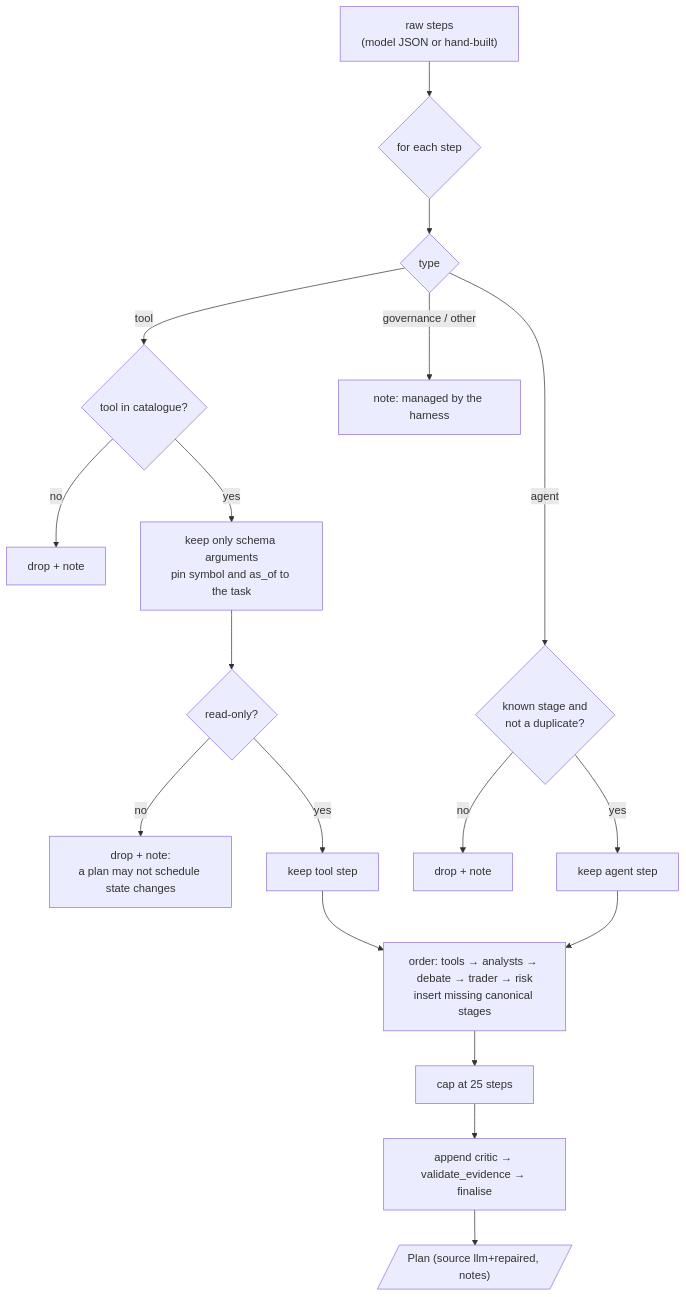
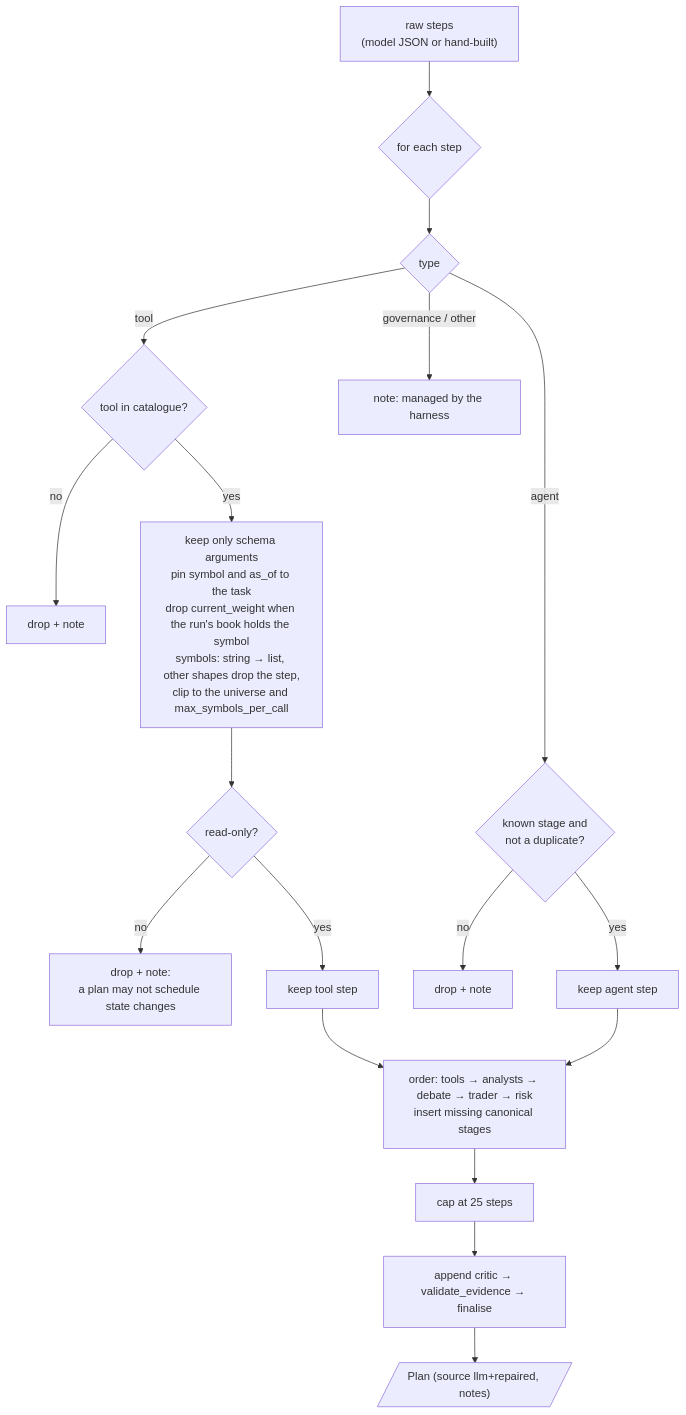
Before and after one commit to AshJha0/agentic-trader: diagram 13 of 30 in docs/DIAGRAMS.md, drawn with Mermaid. The commit also changed other lines of this file and 112 other files, not shown here.

````diff
--- a/docs/DIAGRAMS.md
+++ b/docs/DIAGRAMS.md
@@ -397,20 +407,20 @@
 ```mermaid
 flowchart TD
     RAW["raw steps<br/>(model JSON or hand-built)"] --> EACH{"for each step"}
     EACH --> TYPE{type}
     TYPE -- tool --> KNOWN{"tool in catalogue?"}
     KNOWN -- no --> DROP1[drop + note]
-    KNOWN -- yes --> ARGS["keep only schema arguments<br/>pin symbol and as_of to the task"]
+    KNOWN -- yes --> ARGS["keep only schema arguments<br/>pin symbol and as_of to the task<br/>drop current_weight when the run's book holds the symbol<br/>symbols: string → list, other shapes drop the step,<br/>clip to the universe and max_symbols_per_call"]
     ARGS --> RO{"read-only?"}
     RO -- no --> DROP2["drop + note:<br/>a plan may not schedule state changes"]
     RO -- yes --> KEEPT[keep tool step]
     TYPE -- agent --> STAGE{"known stage and<br/>not a duplicate?"}
     STAGE -- no --> DROP3[drop + note]
     STAGE -- yes --> KEEPA[keep agent step]
     TYPE -- "governance / other" --> DROP4["note: managed by the harness"]
     KEEPT --> ORDER
     KEEPA --> ORDER["order: tools → analysts → debate → trader → risk<br/>insert missing canonical stages"]
     ORDER --> CAP["cap at 25 steps"]
     CAP --> GOV["append critic → validate_evidence → finalise"]
     GOV --> PLAN[/"Plan (source llm+repaired, notes)"/]
 ```
````
